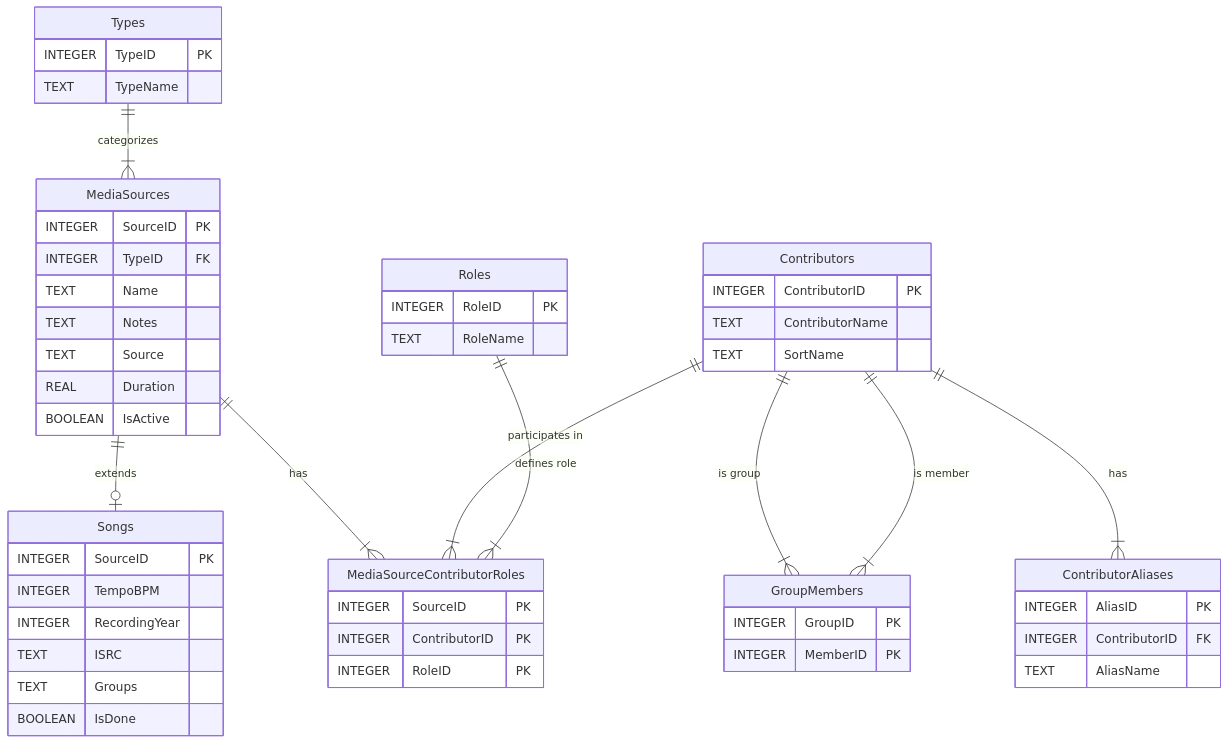
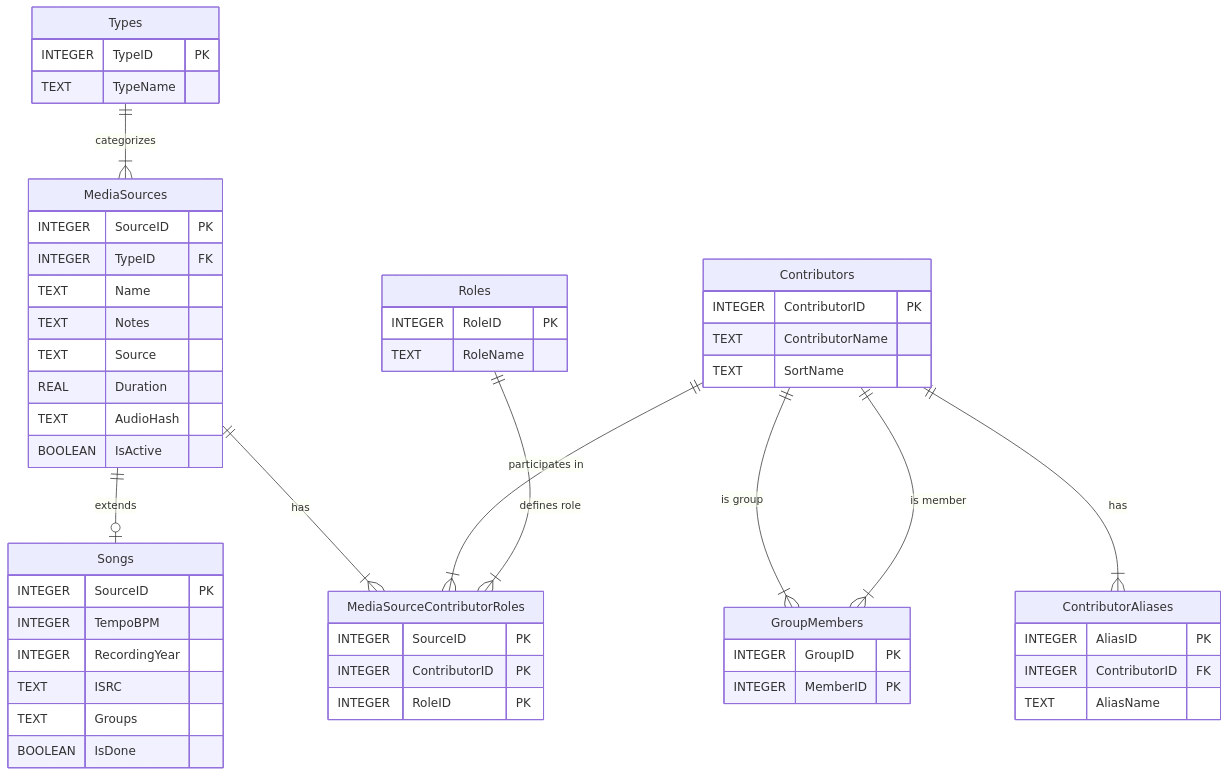
Before and after one commit to PROdotes/Gosling2: the first of 2 diagrams in DATABASE.md, drawn with Mermaid. The commit also changed other lines of this file and 65 other files, not shown here.

````diff
--- a/DATABASE.md
+++ b/DATABASE.md
@@ -59,63 +59,64 @@
 ```mermaid
 erDiagram
     Types ||--|{ MediaSources : "categorizes"
     MediaSources ||--o| Songs : "extends"
     MediaSources ||--|{ MediaSourceContributorRoles : "has"
     Contributors ||--|{ MediaSourceContributorRoles : "participates in"
     Roles ||--|{ MediaSourceContributorRoles : "defines role"
     Contributors ||--|{ GroupMembers : "is group"
     Contributors ||--|{ GroupMembers : "is member"
     Contributors ||--|{ ContributorAliases : "has"
 
     Types {
         INTEGER TypeID PK
         TEXT TypeName
     }
 
     MediaSources {
         INTEGER SourceID PK
         INTEGER TypeID FK
         TEXT Name
         TEXT Notes
         TEXT Source
         REAL Duration
+        TEXT AudioHash
         BOOLEAN IsActive
     }
 
     Songs {
         INTEGER SourceID PK
         INTEGER TempoBPM
         INTEGER RecordingYear
         TEXT ISRC
         TEXT Groups
         BOOLEAN IsDone
     }
 
     Contributors {
         INTEGER ContributorID PK
         TEXT ContributorName
         TEXT SortName
     }
 
     Roles {
         INTEGER RoleID PK
         TEXT RoleName
     }
 
     MediaSourceContributorRoles {
         INTEGER SourceID PK
         INTEGER ContributorID PK
         INTEGER RoleID PK
     }
 
     GroupMembers {
         INTEGER GroupID PK
         INTEGER MemberID PK
     }
 
     ContributorAliases {
         INTEGER AliasID PK
         INTEGER ContributorID FK
         TEXT AliasName
     }
 ```
````
